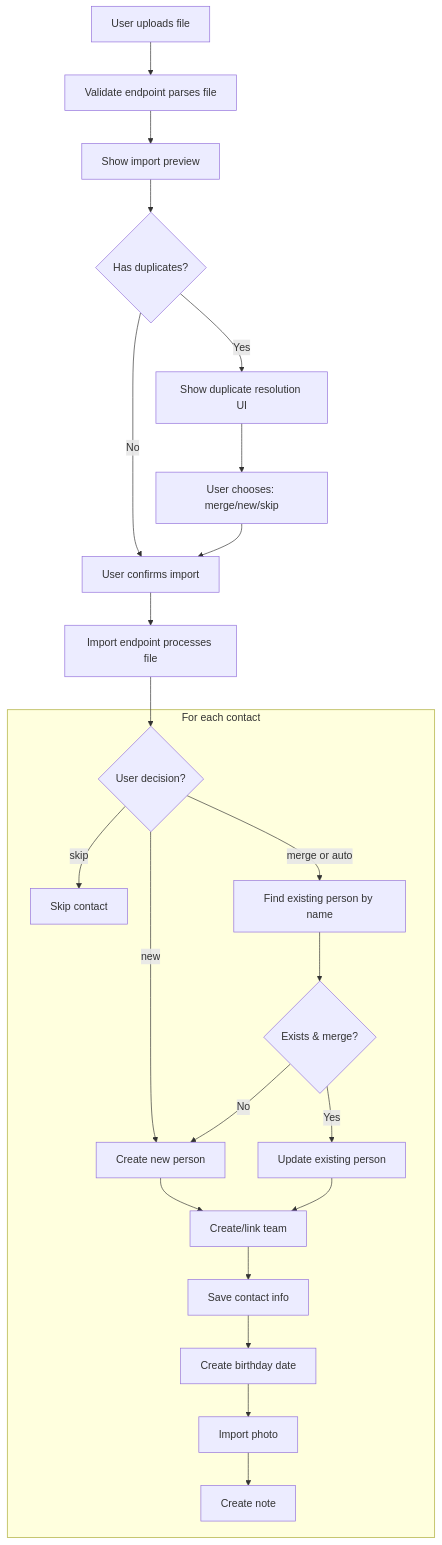
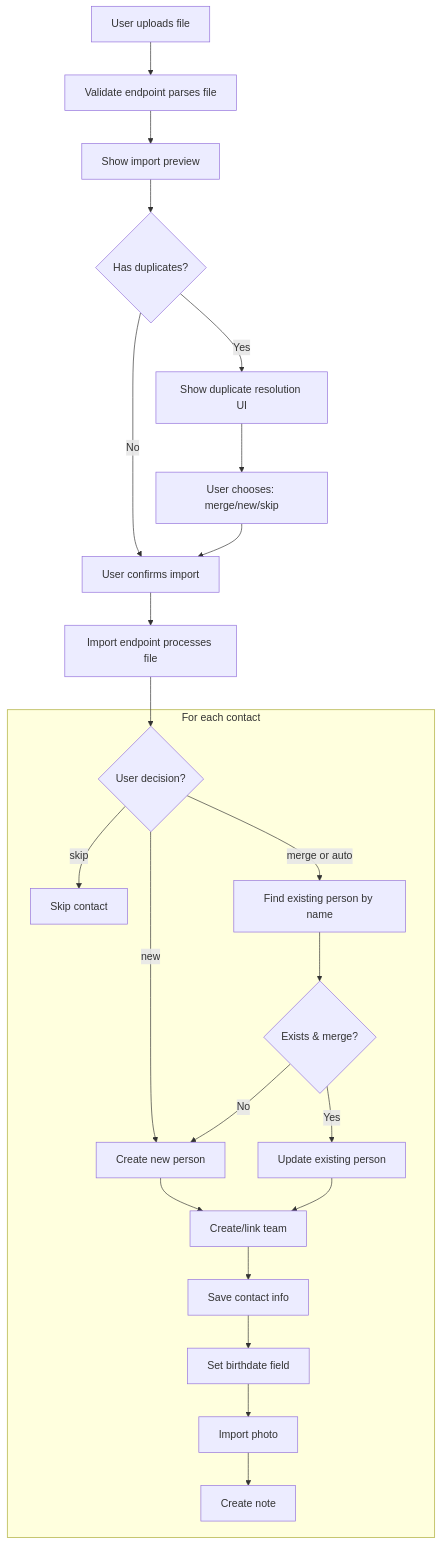
Before and after one commit to RondoHQ/rondo-club: the diagram in docs/import.md, drawn with Mermaid. The commit also changed other lines of this file and 9 other files, not shown here.

````diff
--- a/docs/import.md
+++ b/docs/import.md
@@ -218,47 +218,47 @@
 ```mermaid
 flowchart TD
     User[User uploads file]
     Validate[Validate endpoint parses file]
     Preview[Show import preview]
     Duplicates{Has duplicates?}
     DecisionUI[Show duplicate resolution UI]
     UserDecides[User chooses: merge/new/skip]
     Confirm[User confirms import]
     Import[Import endpoint processes file]
     
     subgraph "For each contact"
         CheckDecision{User decision?}
         Skip[Skip contact]
         FindExisting[Find existing person by name]
         CreateUpdate{Exists & merge?}
         Create[Create new person]
         Update[Update existing person]
         Team[Create/link team]
         ContactInfo[Save contact info]
-        Birthday[Create birthday date]
+        Birthdate[Set birthdate field]
         Photo[Import photo]
         Note[Create note]
     end
     
     User --> Validate
     Validate --> Preview
     Preview --> Duplicates
     Duplicates -->|Yes| DecisionUI
     Duplicates -->|No| Confirm
     DecisionUI --> UserDecides
     UserDecides --> Confirm
     Confirm --> Import
     Import --> CheckDecision
     CheckDecision -->|skip| Skip
     CheckDecision -->|new| Create
     CheckDecision -->|merge or auto| FindExisting
     FindExisting --> CreateUpdate
     CreateUpdate -->|No| Create
     CreateUpdate -->|Yes| Update
     Create --> Team
     Update --> Team
     Team --> ContactInfo
-    ContactInfo --> Birthday
-    Birthday --> Photo
+    ContactInfo --> Birthdate
+    Birthdate --> Photo
     Photo --> Note
 ```
````
